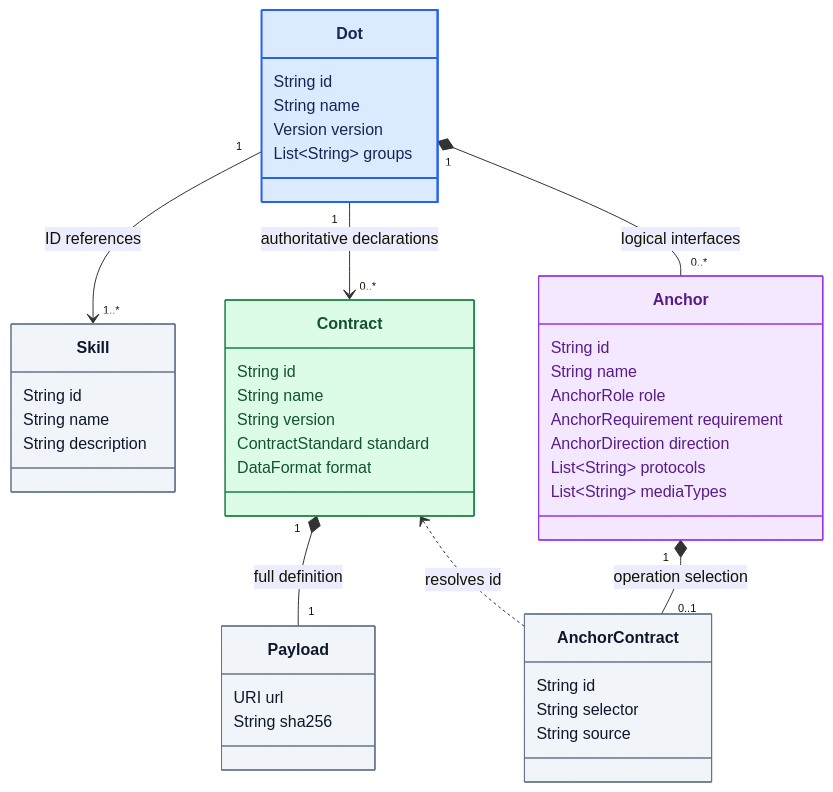
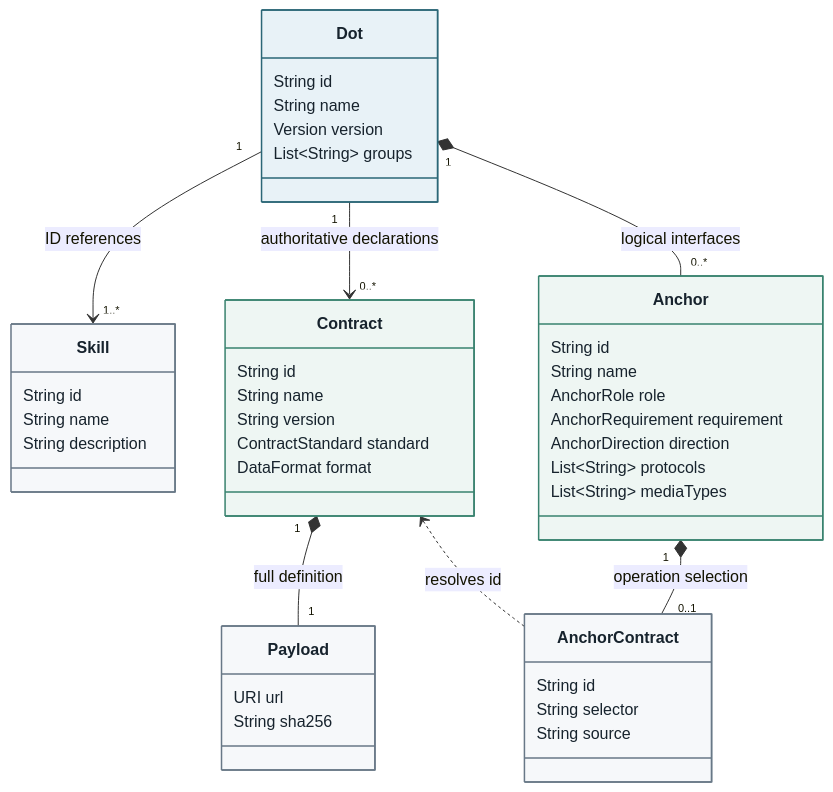
The diagram in DOT-Design/next/dot-design/_attachments/diagrams/domain-interfaces.mmd (MARE-EU-Project/DOT-Docs), drawn with Mermaid before and after one commit. The commit also changed 43 other files, not shown here.

```diff
--- a/DOT-Design/next/dot-design/_attachments/diagrams/domain-interfaces.mmd
+++ b/DOT-Design/next/dot-design/_attachments/diagrams/domain-interfaces.mmd
@@ -1,55 +1,55 @@
 classDiagram
   direction TB
   accTitle: DOT identity and interoperable interfaces
   accDescr: A DOT references Skills, declares Contracts, and owns Anchors. Complete Contracts use HTTPS payloads pinned by SHA-256. Contract-backed Anchors select operations by Contract ID and selector.
 
   class Dot {
     String id
     String name
     Version version
     List~String~ groups
   }
   class Skill {
     String id
     String name
     String description
   }
   class Contract {
     String id
     String name
     String version
     ContractStandard standard
     DataFormat format
   }
   class Payload {
     URI url
     String sha256
   }
   class Anchor {
     String id
     String name
     AnchorRole role
     AnchorRequirement requirement
     AnchorDirection direction
     List~String~ protocols
     List~String~ mediaTypes
   }
   class AnchorContract {
     String id
     String selector
     String source
   }
 
   Dot "1" --> "1..*" Skill : ID references
   Dot "1" --> "0..*" Contract : authoritative declarations
   Dot "1" *-- "0..*" Anchor : logical interfaces
   Contract "1" *-- "1" Payload : full definition
   Anchor "1" *-- "0..1" AnchorContract : operation selection
   Contract <.. AnchorContract : resolves id
 
-  style Dot fill:#dbeafe,stroke:#2563eb,color:#172554,stroke-width:2px
-  style Skill fill:#f1f5f9,stroke:#64748b,color:#0f172a
-  style Payload fill:#f1f5f9,stroke:#64748b,color:#0f172a
-  style AnchorContract fill:#f1f5f9,stroke:#64748b,color:#0f172a
-  style Contract fill:#dcfce7,stroke:#15803d,color:#14532d
-  style Anchor fill:#f3e8ff,stroke:#9333ea,color:#581c87
+  style Dot fill:#e8f2f7,stroke:#2b6777,color:#17232d,stroke-width:1.5px
+  style Skill fill:#f6f8fa,stroke:#687887,color:#17232d,stroke-width:1.5px
+  style Payload fill:#f6f8fa,stroke:#687887,color:#17232d,stroke-width:1.5px
+  style AnchorContract fill:#f6f8fa,stroke:#687887,color:#17232d,stroke-width:1.5px
+  style Contract fill:#eef6f3,stroke:#39826f,color:#17232d,stroke-width:1.5px
+  style Anchor fill:#eef6f3,stroke:#39826f,color:#17232d,stroke-width:1.5px
```
